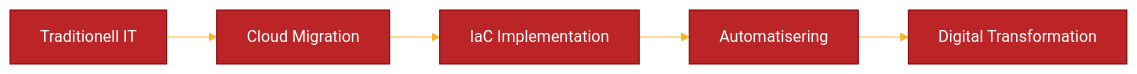
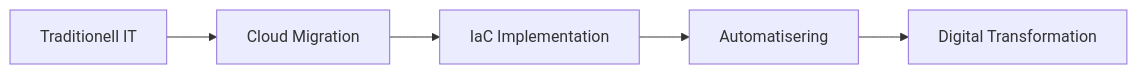
Before and after one commit to Geonitab/architecture_as_code: the diagram in docs/images/diagram_10_kapitel8.mmd, drawn with Mermaid. The commit also changed 46 other files, not shown here.

Commit message:
Align Mermaid visuals with accessible Kvadrat theme

```diff
--- a/docs/images/diagram_10_kapitel8.mmd
+++ b/docs/images/diagram_10_kapitel8.mmd
@@ -1,16 +1,5 @@
----
-config:
-  theme: 'base'
-  themeVariables:
-    primaryColor: '#BB2528'
-    primaryTextColor: '#fff'
-    primaryBorderColor: '#7C0000'
-    lineColor: '#F8B229'
-    secondaryColor: '#006100'
-    tertiaryColor: '#fff'
----
 graph LR
-    A[Traditionell IT] --> B[Cloud Migration]
-    B --> C[IaC Implementation]
-    C --> D[Automatisering]
-    D --> E[Digital Transformation]
+    A[Traditionell IT]:::kv-primary --> B[Cloud Migration]:::kv-highlight
+    B --> C[IaC Implementation]:::kv-accent
+    C --> D[Automatisering]:::kv-accent
+    D --> E[Digital Transformation]:::kv-primary
```
